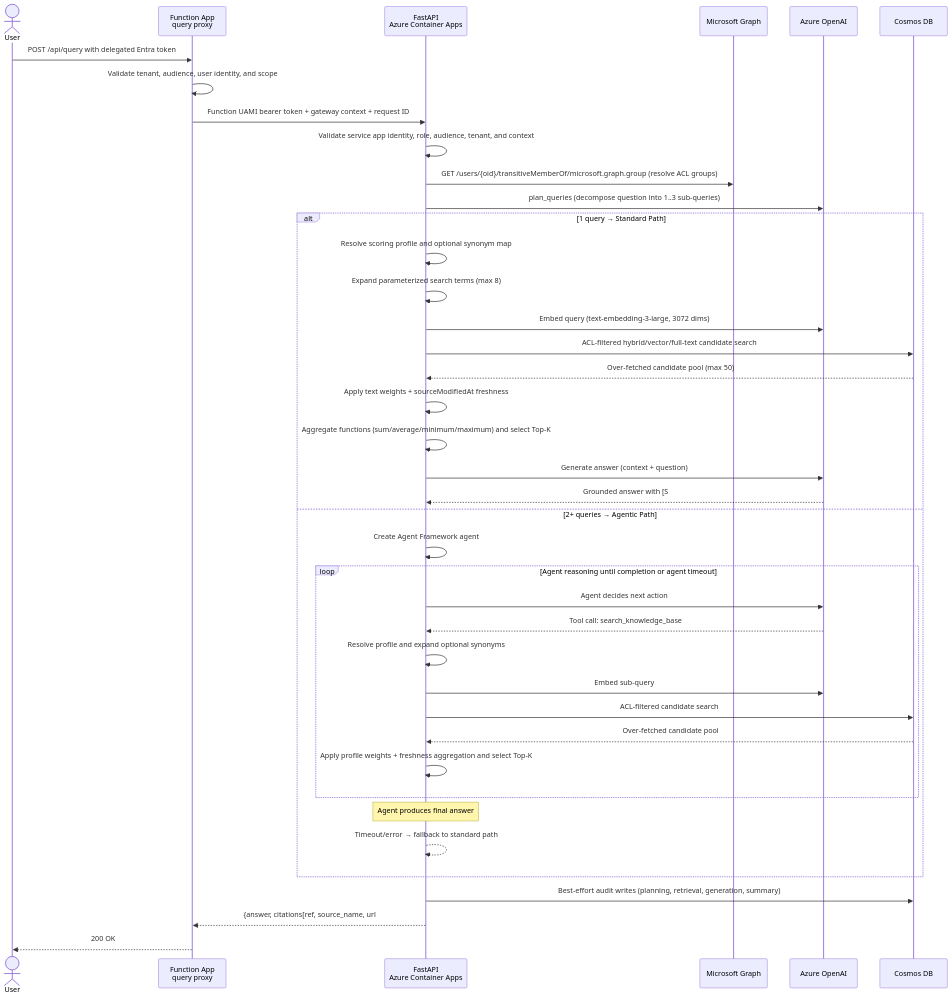
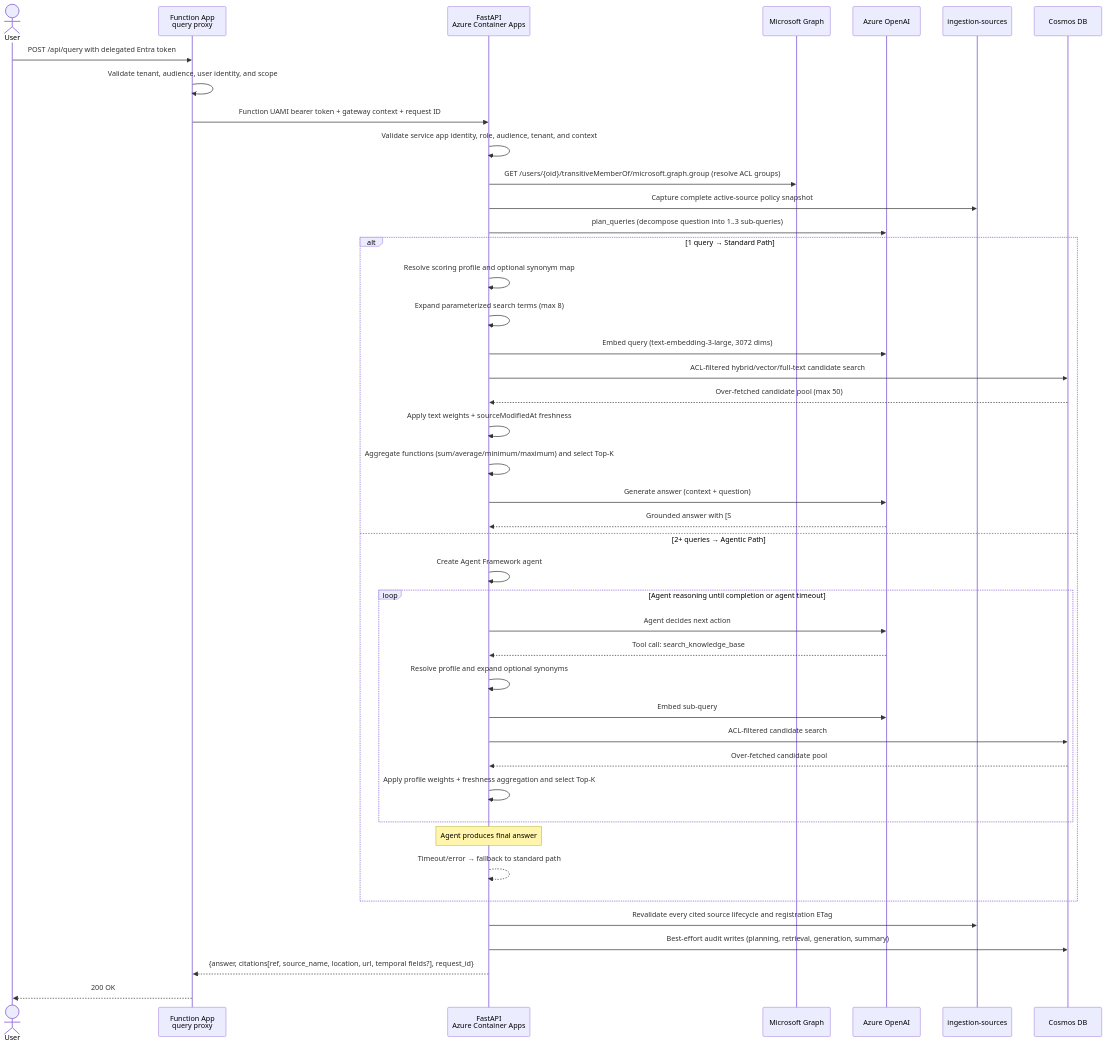
Before and after one commit to HariVamsiChittari1/enterprise-rag-pipeline: diagram 11 of 14 in docs/ARCHITECTURE.md, drawn with Mermaid. The commit also changed other lines of this file and 7 other files, not shown here.

````diff
--- a/docs/ARCHITECTURE.md
+++ b/docs/ARCHITECTURE.md
@@ -554,43 +674,46 @@
 ```mermaid
 sequenceDiagram
     actor User
     participant Proxy as Function App<br/>query proxy
     participant RAG as FastAPI<br/>Azure Container Apps
     participant Graph as Microsoft Graph
     participant OAI as Azure OpenAI
+    participant Sources as ingestion-sources
     participant Cosmos as Cosmos DB
 
     User->>Proxy: POST /api/query with delegated Entra token
     Proxy->>Proxy: Validate tenant, audience, user identity, and scope
     Proxy->>RAG: Function UAMI bearer token + gateway context + request ID
     RAG->>RAG: Validate service app identity, role, audience, tenant, and context
     RAG->>Graph: GET /users/{oid}/transitiveMemberOf/microsoft.graph.group (resolve ACL groups)
+    RAG->>Sources: Capture complete active-source policy snapshot
     RAG->>OAI: plan_queries (decompose question into 1..3 sub-queries)
     alt 1 query → Standard Path
         RAG->>RAG: Resolve scoring profile and optional synonym map
         RAG->>RAG: Expand parameterized search terms (max 8)
         RAG->>OAI: Embed query (text-embedding-3-large, 3072 dims)
         RAG->>Cosmos: ACL-filtered hybrid/vector/full-text candidate search
         Cosmos-->>RAG: Over-fetched candidate pool (max 50)
         RAG->>RAG: Apply text weights + sourceModifiedAt freshness
         RAG->>RAG: Aggregate functions (sum/average/minimum/maximum) and select Top-K
         RAG->>OAI: Generate answer (context + question)
         OAI-->>RAG: Grounded answer with [S#] markers
     else 2+ queries → Agentic Path
         RAG->>RAG: Create Agent Framework agent
         loop Agent reasoning until completion or agent timeout
             RAG->>OAI: Agent decides next action
             OAI-->>RAG: Tool call: search_knowledge_base
             RAG->>RAG: Resolve profile and expand optional synonyms
             RAG->>OAI: Embed sub-query
             RAG->>Cosmos: ACL-filtered candidate search
             Cosmos-->>RAG: Over-fetched candidate pool
             RAG->>RAG: Apply profile weights + freshness aggregation and select Top-K
         end
         Note over RAG: Agent produces final answer
         RAG-->>RAG: Timeout/error → fallback to standard path
     end
+    RAG->>Sources: Revalidate every cited source lifecycle and registration ETag
     RAG->>Cosmos: Best-effort audit writes (planning, retrieval, generation, summary)
-    RAG-->>Proxy: {answer, citations[ref, source_name, url#page=N], request_id}
+    RAG-->>Proxy: {answer, citations[ref, source_name, location, url, temporal fields?], request_id}
     Proxy-->>User: 200 OK
 ```
````
